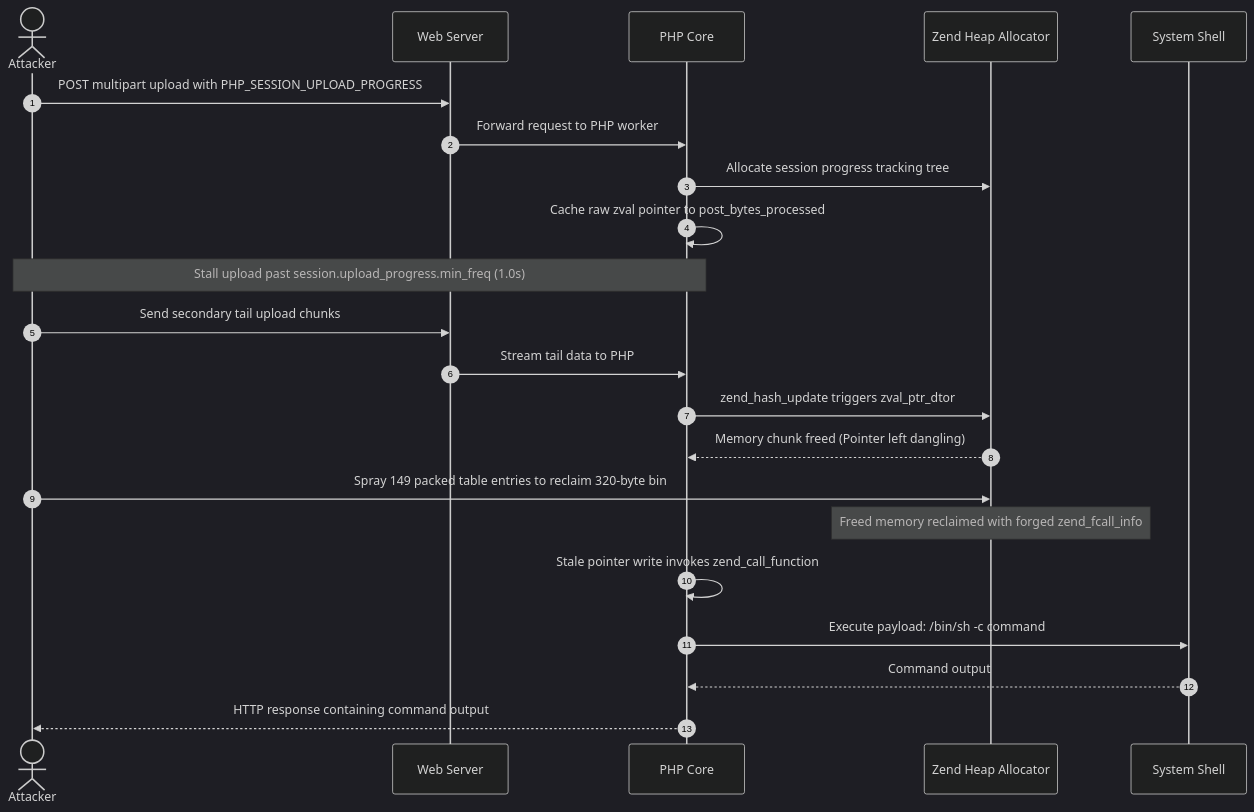
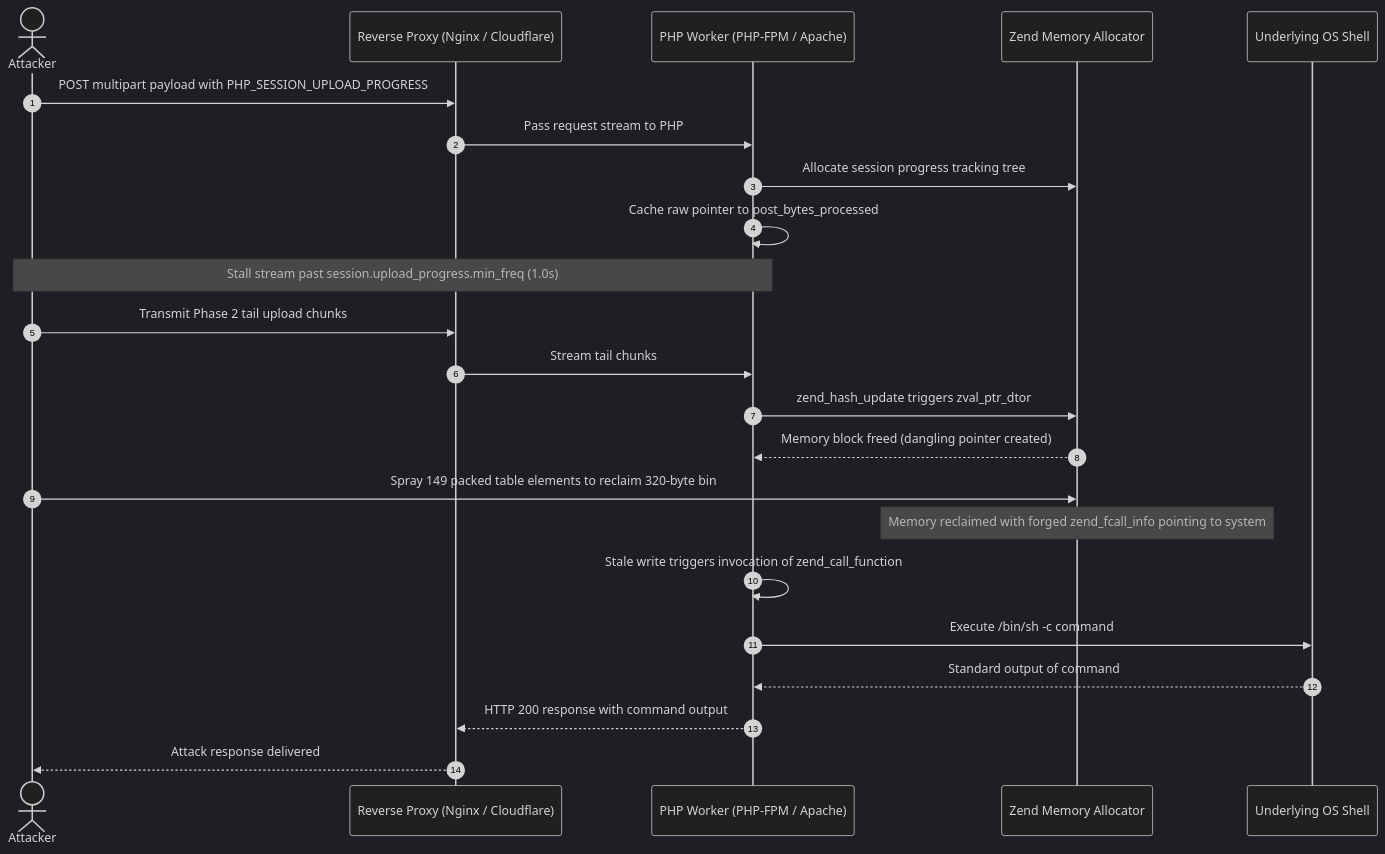
Before and after one commit to Faizan-Khanx/php2shell: the second of 4 diagrams in README.md, drawn with Mermaid (dark theme). The commit also changed other lines of this file and 1 other file, not shown here.

Commit message:
docs: expand README with multi-diagram architecture, SAPI matrix, and clean styling

````diff
--- a/README.md
+++ b/README.md
@@ -111,25 +206,26 @@
 ```mermaid
 sequenceDiagram
     autonumber
     actor Attacker
-    participant Web as Web Server
-    participant Core as PHP Core
-    participant Heap as Zend Heap Allocator
-    participant Shell as System Shell
+    participant Proxy as Reverse Proxy (Nginx / Cloudflare)
+    participant Worker as PHP Worker (PHP-FPM / Apache)
+    participant Heap as Zend Memory Allocator
+    participant OS as Underlying OS Shell
 
-    Attacker->>Web: POST multipart upload with PHP_SESSION_UPLOAD_PROGRESS
-    Web->>Core: Forward request to PHP worker
-    Core->>Heap: Allocate session progress tracking tree
-    Core->>Core: Cache raw zval pointer to post_bytes_processed
-    Note over Attacker,Core: Stall upload past session.upload_progress.min_freq (1.0s)
-    Attacker->>Web: Send secondary tail upload chunks
-    Web->>Core: Stream tail data to PHP
-    Core->>Heap: zend_hash_update triggers zval_ptr_dtor
-    Heap-->>Core: Memory chunk freed (Pointer left dangling)
-    Attacker->>Heap: Spray 149 packed table entries to reclaim 320-byte bin
-    Note over Heap: Freed memory reclaimed with forged zend_fcall_info
-    Core->>Core: Stale pointer write invokes zend_call_function
-    Core->>Shell: Execute payload: /bin/sh -c command
-    Shell-->>Core: Command output
-    Core-->>Attacker: HTTP response containing command output
+    Attacker->>Proxy: POST multipart payload with PHP_SESSION_UPLOAD_PROGRESS
+    Proxy->>Worker: Pass request stream to PHP
+    Worker->>Heap: Allocate session progress tracking tree
+    Worker->>Worker: Cache raw pointer to post_bytes_processed
+    Note over Attacker,Worker: Stall stream past session.upload_progress.min_freq (1.0s)
+    Attacker->>Proxy: Transmit Phase 2 tail upload chunks
+    Proxy->>Worker: Stream tail chunks
+    Worker->>Heap: zend_hash_update triggers zval_ptr_dtor
+    Heap-->>Worker: Memory block freed (dangling pointer created)
+    Attacker->>Heap: Spray 149 packed table elements to reclaim 320-byte bin
+    Note over Heap: Memory reclaimed with forged zend_fcall_info pointing to system
+    Worker->>Worker: Stale write triggers invocation of zend_call_function
+    Worker->>OS: Execute /bin/sh -c command
+    OS-->>Worker: Standard output of command
+    Worker-->>Proxy: HTTP 200 response with command output
+    Proxy-->>Attacker: Attack response delivered
 ```
````
